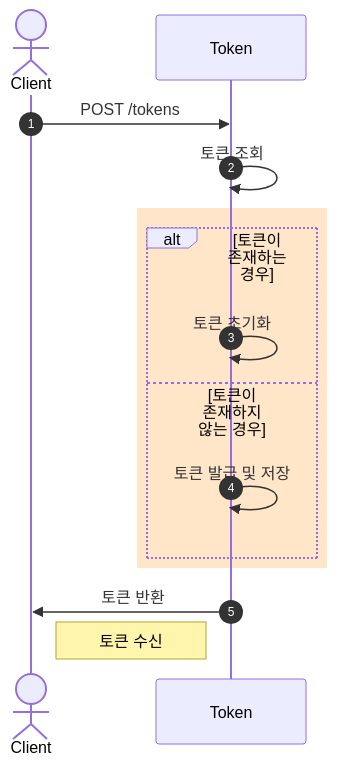
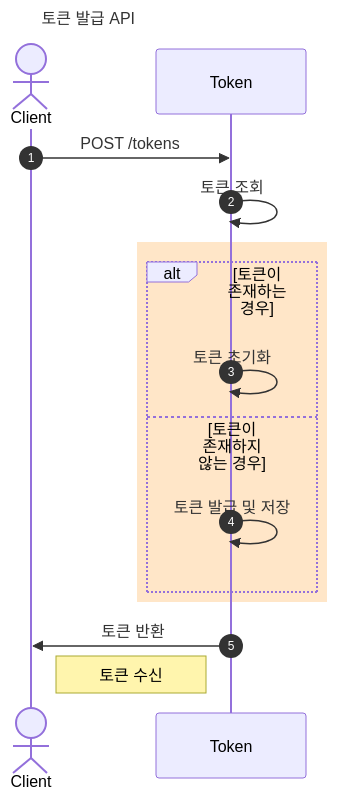
The first of 8 diagrams in README.md (Yn3-3xh/hanghaeplus-concert-reservation-service), drawn with Mermaid before and after one commit. The commit also changed other lines of this file, not shown here.

Commit message:
step5/update: README - Sequence Diagram title

````diff
--- a/README.md
+++ b/README.md
@@ -47,21 +46,24 @@
 ``` mermaid
+---
+title: 토큰 발급 API
+---
 sequenceDiagram
 autonumber
 
 actor Client
 
 Client->>Token: POST /tokens
 
 Token->>Token: 토큰 조회
 
 rect rgb(255, 230, 200)
     alt 토큰이 존재하는 경우
             Token->>Token: 토큰 초기화
     else 토큰이 존재하지 않는 경우
         Token->>Token: 토큰 발급 및 저장
     end
 end
 
 Token->>Client: 토큰 반환
 Note right of Client: 토큰 수신
 ```
````
